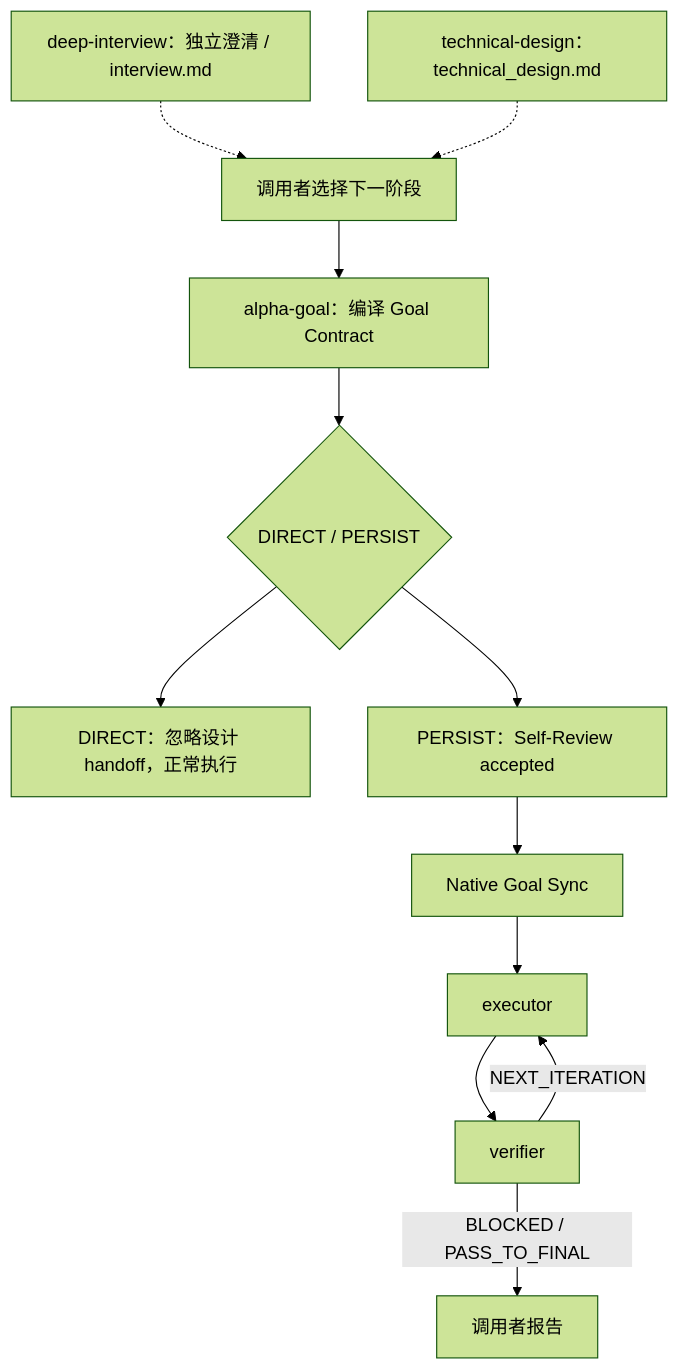
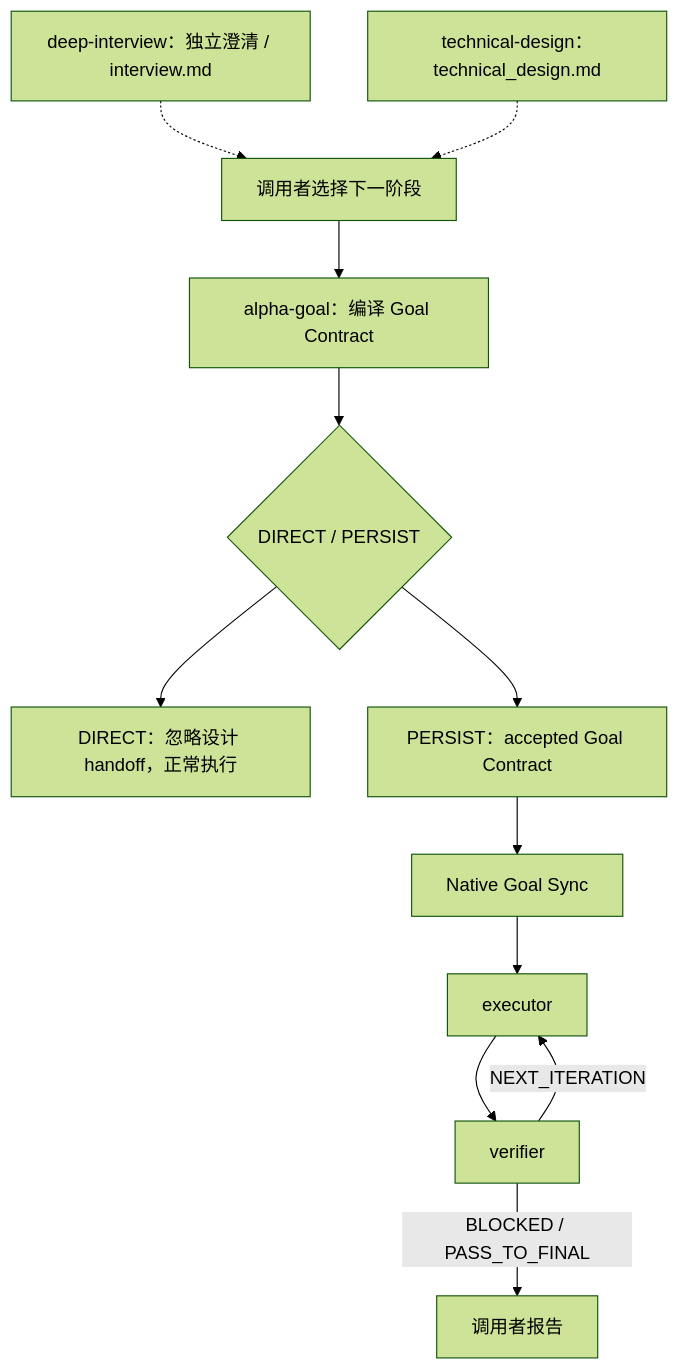
One commit to azhonglee/alpha-goal changed the diagram in README.md. Above: the diagram before and after it, drawn with Mermaid (forest theme). The commit also changed other lines of this file and 10 other files, not shown here.

Commit message:
Simplify Goal Contract constraints

````diff
--- a/README.md
+++ b/README.md
@@ -42,14 +42,14 @@
 ```mermaid
 flowchart TD
   I["deep-interview：独立澄清 / interview.md"] -.-> C["调用者选择下一阶段"]
   T["technical-design：technical_design.md"] -.-> C
   C --> A["alpha-goal：编译 Goal Contract"]
   A --> R{"DIRECT / PERSIST"}
   R --> D["DIRECT：忽略设计 handoff，正常执行"]
-  R --> P["PERSIST：Self-Review accepted"]
+  R --> P["PERSIST：accepted Goal Contract"]
   P --> S["Native Goal Sync"]
   S --> E["executor"]
   E --> V["verifier"]
   V -->|"NEXT_ITERATION"| E
   V -->|"BLOCKED / PASS_TO_FINAL"| F["调用者报告"]
 ```
````
